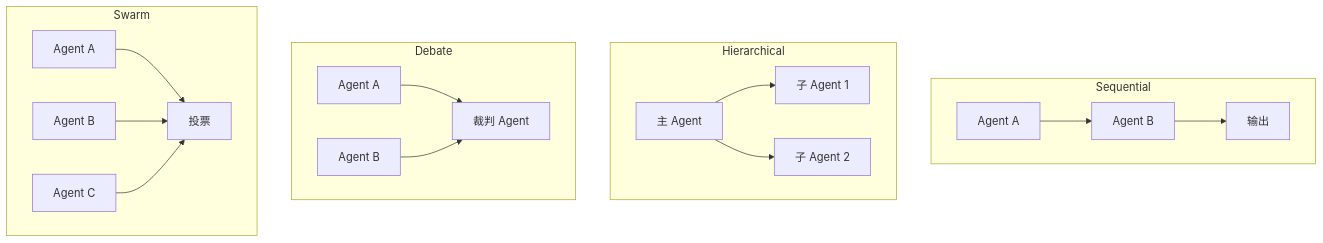
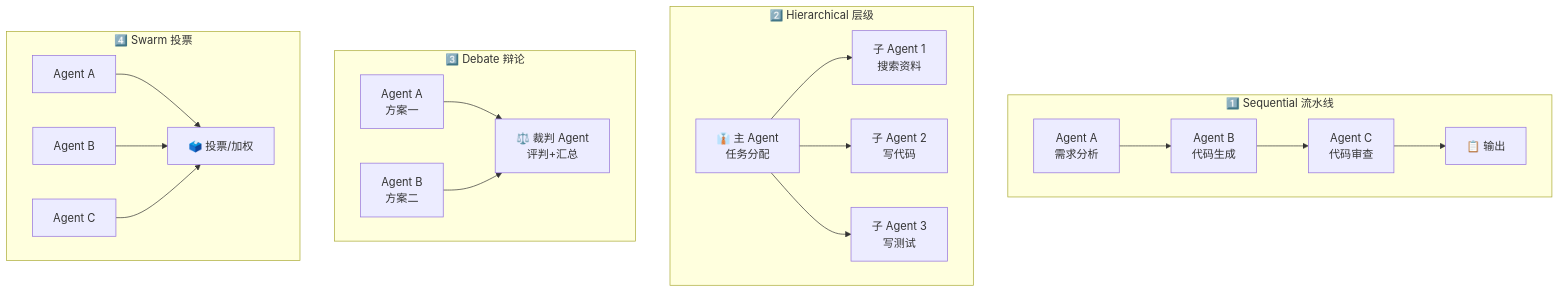
The diagram in phase5_agent/06_multi_agent_patterns.md (gyc-chenxi/llm-fullstack-dev-roadmap), drawn with Mermaid before and after one commit. The commit also changed other lines of this file and 8 other files, not shown here.

````diff
--- a/phase5_agent/06_multi_agent_patterns.md
+++ b/phase5_agent/06_multi_agent_patterns.md
@@ -10,19 +10,21 @@
 ```mermaid
 graph TD
-    subgraph "Sequential"
-        A1[Agent A] --> A2[Agent B] --> A3[输出]
+    subgraph "1️⃣ Sequential 流水线"
+        A1["Agent A<br/>需求分析"] --> A2["Agent B<br/>代码生成"] --> A3["Agent C<br/>代码审查"] --> A4["📋 输出"]
     end
-    subgraph "Hierarchical"
-        B1[主 Agent] --> B2[子 Agent 1]
-        B1 --> B3[子 Agent 2]
+
+    subgraph "2️⃣ Hierarchical 层级"
+        B1["👔 主 Agent<br/>任务分配"] --> B2["子 Agent 1<br/>搜索资料"]
+        B1 --> B3["子 Agent 2<br/>写代码"]
+        B1 --> B4["子 Agent 3<br/>写测试"]
     end
-    subgraph "Debate"
-        C1[Agent A] --> C3[裁判 Agent]
-        C2[Agent B] --> C3
+
+    subgraph "3️⃣ Debate 辩论"
+        C1["Agent A<br/>方案一"] --> C3["⚖️ 裁判 Agent<br/>评判+汇总"]
+        C2["Agent B<br/>方案二"] --> C3
     end
-    subgraph "Swarm"
-        D1[Agent A] --> D4[投票]
-        D2[Agent B] --> D4
-        D3[Agent C] --> D4
+
+    subgraph "4️⃣ Swarm 投票"
+        D1["Agent A"] & D2["Agent B"] & D3["Agent C"] --> D4["🗳️ 投票/加权"]
     end
 ```
````
